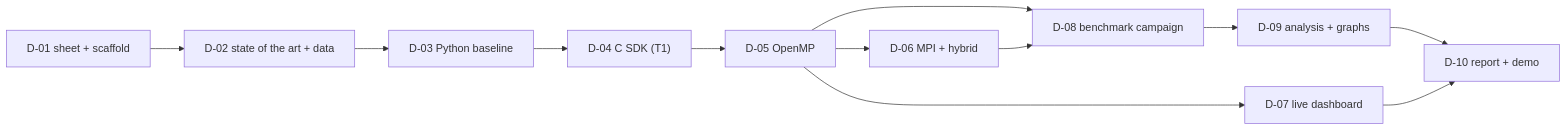
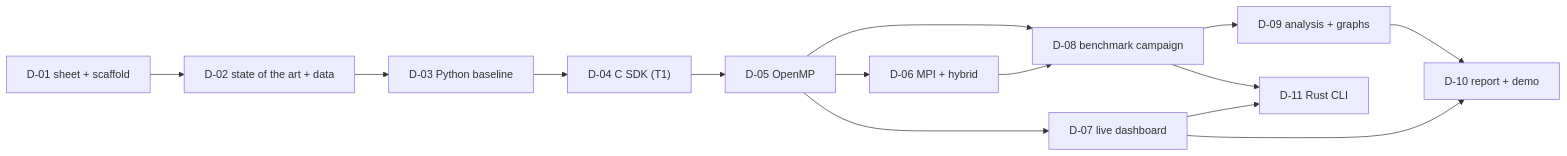
The diagram in docs/deliverables/README.md (Bourahla-Ismail07/Threadwatch), drawn with Mermaid before and after one commit. The commit also changed other lines of this file and 7 other files, not shown here.

````diff
--- a/docs/deliverables/README.md
+++ b/docs/deliverables/README.md
@@ -22,14 +23,16 @@
 ```mermaid
 flowchart LR
   D01["D-01 sheet + scaffold"] --> D02["D-02 state of the art + data"]
   D02 --> D03["D-03 Python baseline"]
   D03 --> D04["D-04 C SDK (T1)"]
   D04 --> D05["D-05 OpenMP"]
   D05 --> D06["D-06 MPI + hybrid"]
   D05 --> D07["D-07 live dashboard"]
   D05 --> D08["D-08 benchmark campaign"]
   D06 --> D08
   D08 --> D09["D-09 analysis + graphs"]
   D09 --> D10["D-10 report + demo"]
   D07 --> D10
+  D08 --> D11["D-11 Rust CLI"]
+  D07 --> D11
 ```
````
